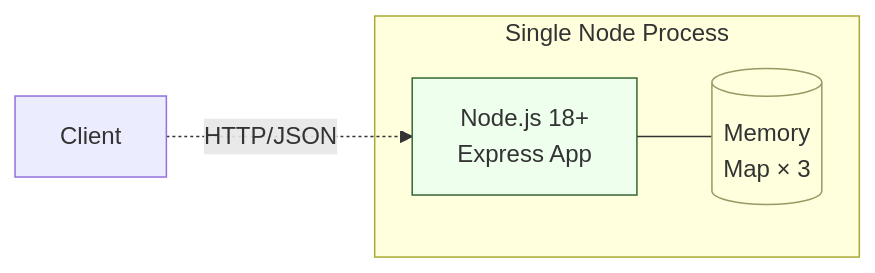
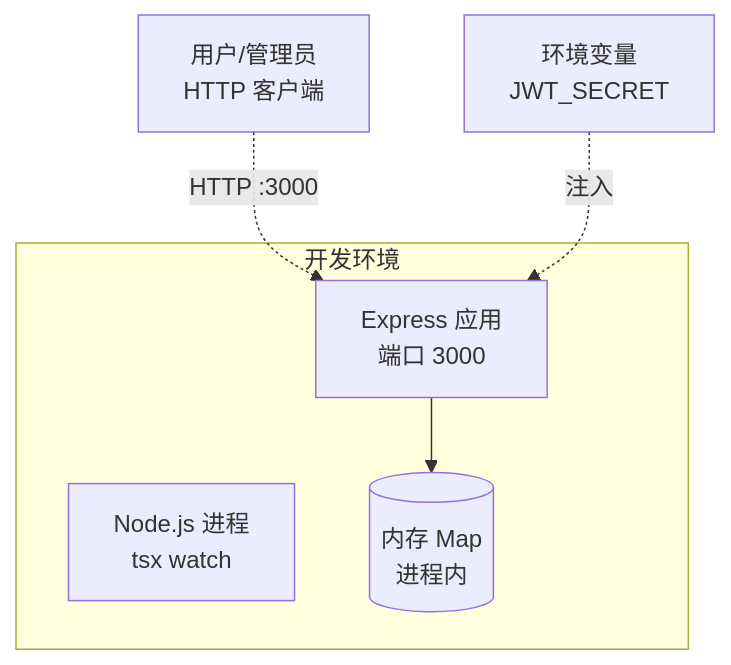
Before and after one commit to WangHHY19931001/Software_Engineering_W_Development_Model_Skills_Pack: the second of 2 diagrams in w-model-dev-demo/docs/system-design.md, drawn with Mermaid. The commit also changed other lines of this file and 121 other files, not shown here.

````diff
--- a/w-model-dev-demo/docs/system-design.md
+++ b/w-model-dev-demo/docs/system-design.md
@@ -67,15 +222,14 @@
 ```mermaid
-graph LR
-    subgraph "Single Node Process"
-        App[Node.js 18+<br/>Express App]
-        Mem[(Memory<br/>Map × 3)]
+graph TD
+    subgraph 开发环境
+        NODE[Node.js 进程<br/>tsx watch]
+        APP[Express 应用<br/>端口 3000]
+        MAP_STORE[(内存 Map<br/>进程内)]
     end
+    ENV[环境变量<br/>JWT_SECRET]
+    USER[用户/管理员<br/>HTTP 客户端]
 
-    Browser[Client] -.HTTP/JSON.-> App
-    App --- Mem
-
-    classDef proc fill:#efe,stroke:#363
-    classDef store fill:#ffd,stroke:#996
-    class App proc
-    class Mem store
+    USER -.->|HTTP :3000| APP
+    APP --> MAP_STORE
+    ENV -.->|注入| APP
 ```
````
